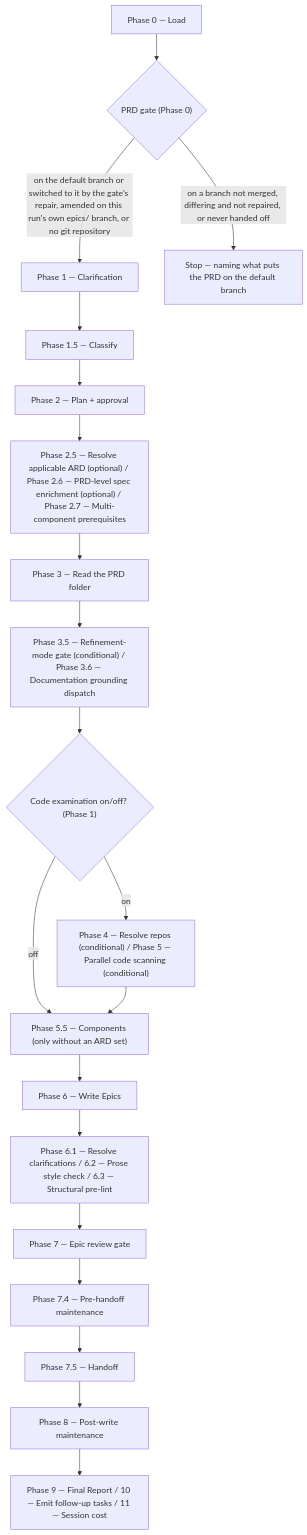
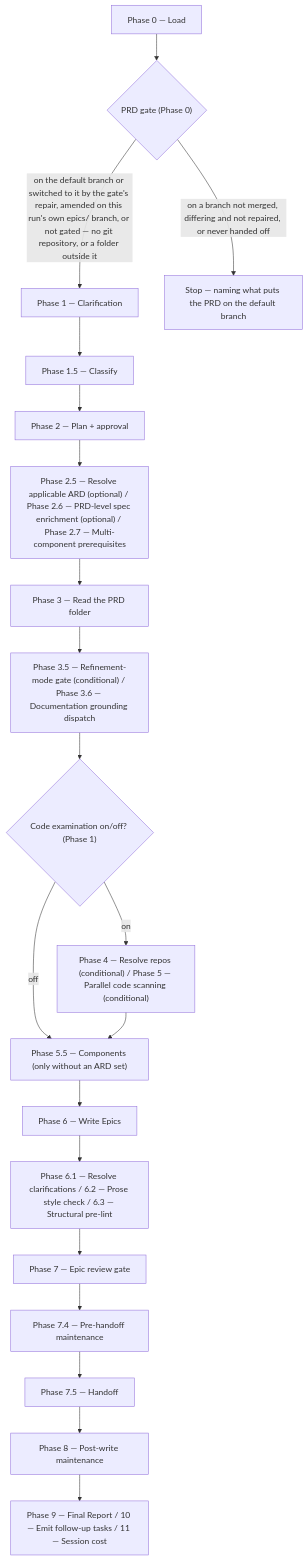
Before and after one commit to ihudak/ai-workflows: the diagram in plugins/product-workflows/docs/commands/epics.md, drawn with Mermaid. The commit also changed other lines of this file and 9 other files, not shown here.

````diff
--- a/plugins/product-workflows/docs/commands/epics.md
+++ b/plugins/product-workflows/docs/commands/epics.md
@@ -29,22 +29,22 @@
 ```mermaid
 flowchart TD
     p0["Phase 0 — Load"] --> g0{"PRD gate (Phase 0)"}
-    g0 -- "on the default branch or switched to it by the gate's repair, amended on this run's own epics/ branch, or no git repository" --> p1["Phase 1 — Clarification"]
+    g0 -- "on the default branch or switched to it by the gate's repair, amended on this run's own epics/ branch, or not gated — no git repository, or a folder outside it" --> p1["Phase 1 — Clarification"]
     g0 -- "on a branch not merged, differing and not repaired, or never handed off" --> s0["Stop — naming what puts the PRD on the default branch"]
     p1 --> p15["Phase 1.5 — Classify"]
     p15 --> p2["Phase 2 — Plan + approval"]
     p2 --> p2526["Phase 2.5 — Resolve applicable ARD (optional) / Phase 2.6 — PRD-level spec enrichment (optional) / Phase 2.7 — Multi-component prerequisites"]
     p2526 --> p3["Phase 3 — Read the PRD folder"]
     p3 --> p3536["Phase 3.5 — Refinement-mode gate (conditional) / Phase 3.6 — Documentation grounding dispatch"]
     p3536 --> d1{"Code examination on/off? (Phase 1)"}
     d1 -- "on" --> p45["Phase 4 — Resolve repos (conditional) / Phase 5 — Parallel code scanning (conditional)"]
     d1 -- "off" --> p55
     p45 --> p55["Phase 5.5 — Components (only without an ARD set)"]
     p55 --> p6["Phase 6 — Write Epics"]
     p6 --> p616263["Phase 6.1 — Resolve clarifications / 6.2 — Prose style check / 6.3 — Structural pre-lint"]
     p616263 --> p7["Phase 7 — Epic review gate"]
     p7 --> p74["Phase 7.4 — Pre-handoff maintenance"]
     p74 --> p75["Phase 7.5 — Handoff"]
     p75 --> p8["Phase 8 — Post-write maintenance"]
     p8 --> p91011["Phase 9 — Final Report / 10 — Emit follow-up tasks / 11 — Session cost"]
 ```
````
